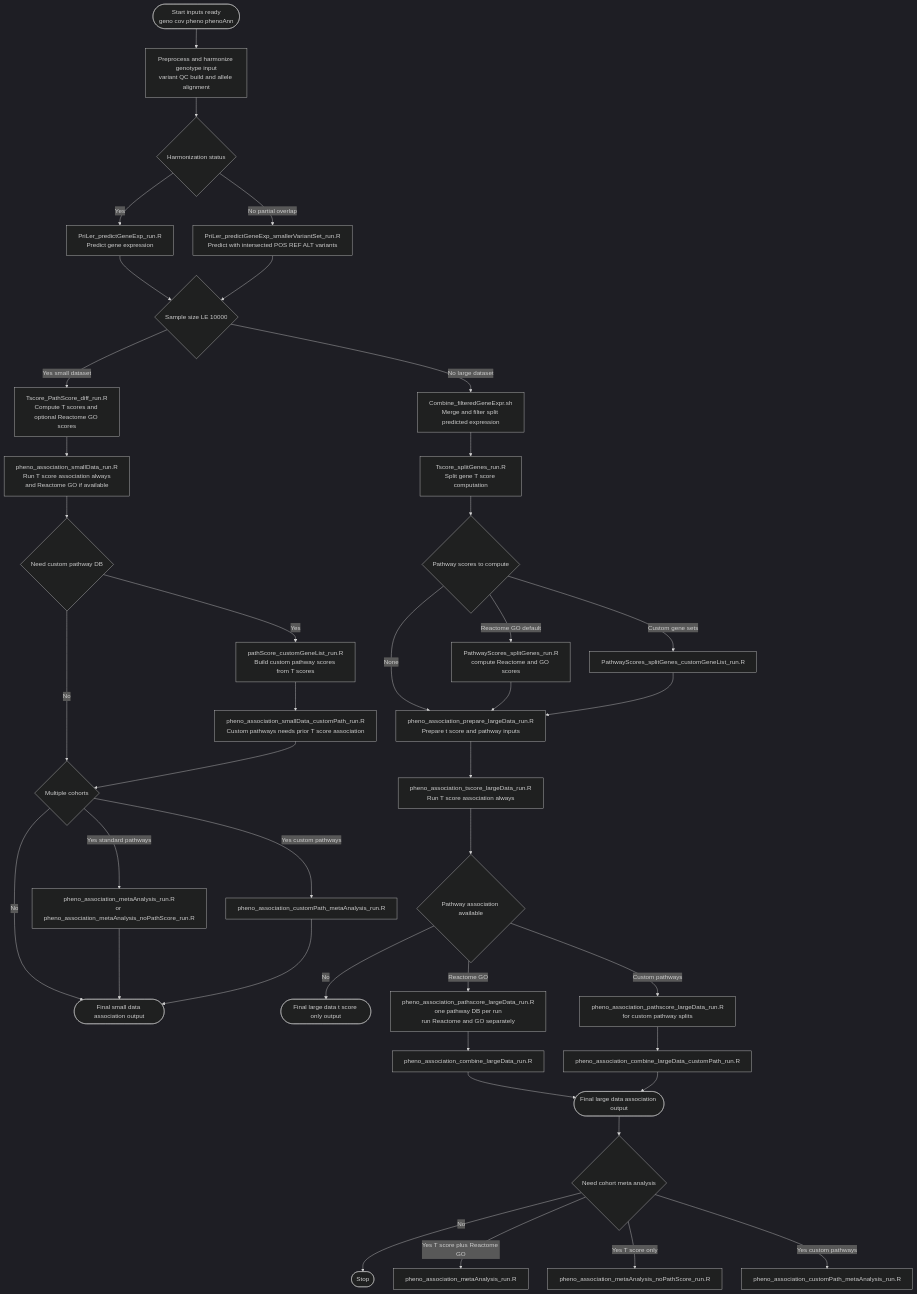
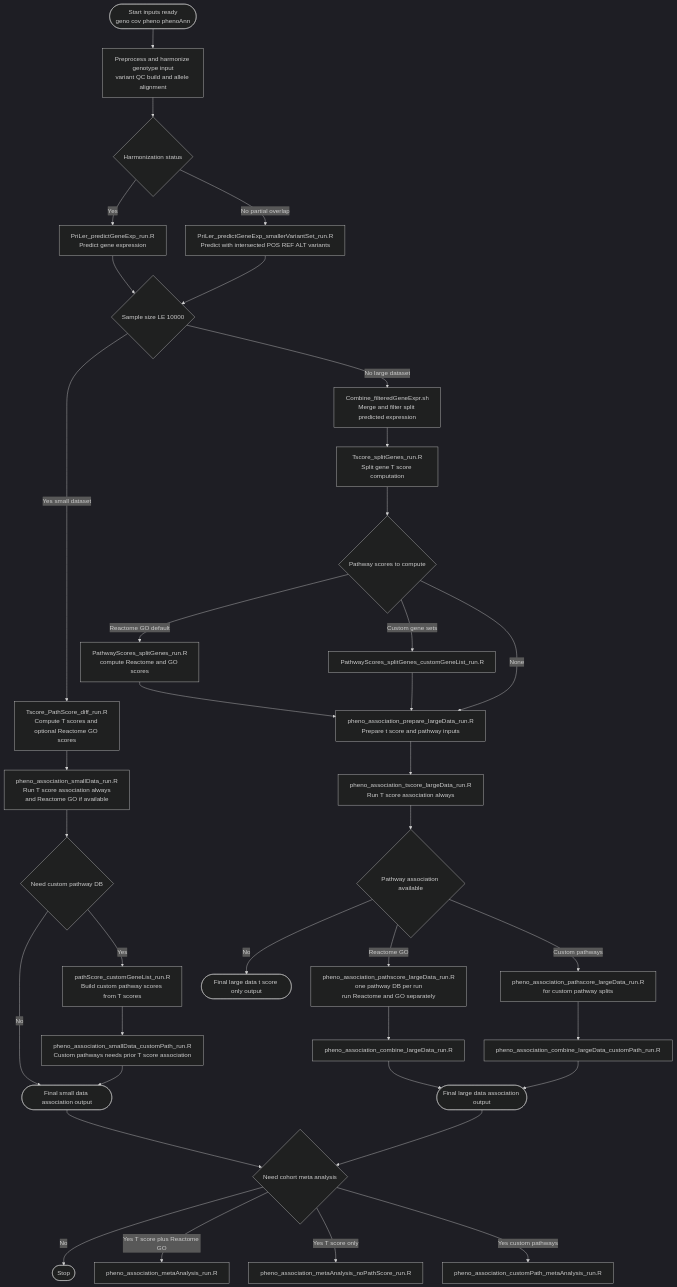
Before and after one commit to SantiDu/CASTom-iGEx: the diagram in Software/model_prediction/WORKFLOW.md, drawn with Mermaid (dark theme).

Commit message:
move meta analysis down - fix

````diff
--- a/Software/model_prediction/WORKFLOW.md
+++ b/Software/model_prediction/WORKFLOW.md
@@ -7,49 +7,47 @@
 ```mermaid
 flowchart TD
     A([Start inputs ready<br/>geno cov pheno phenoAnn]) --> A0[Preprocess and harmonize genotype input<br/>variant QC build and allele alignment]
     A0 --> B{Harmonization status}
 
     B -->|Yes| C[PriLer_predictGeneExp_run.R<br/>Predict gene expression]
     B -->|No partial overlap| D[PriLer_predictGeneExp_smallerVariantSet_run.R<br/>Predict with intersected POS REF ALT variants]
 
     C --> E{Sample size LE 10000}
     D --> E
 
     %% Small dataset branch
     E -->|Yes small dataset| S1[Tscore_PathScore_diff_run.R<br/>Compute T scores and optional Reactome GO scores]
     S1 --> S2[pheno_association_smallData_run.R<br/>Run T score association always<br/>and Reactome GO if available]
     S2 --> S2b{Need custom pathway DB}
-    S2b -->|No| S4{Multiple cohorts}
+    S2b -->|No| S4([Final small data association output])
     S2b -->|Yes| S3[pathScore_customGeneList_run.R<br/>Build custom pathway scores from T scores]
     S3 --> S3b[pheno_association_smallData_customPath_run.R<br/>Custom pathways needs prior T score association]
     S3b --> S4
-    S4 -->|No| Z1([Final small data association output])
-    S4 -->|Yes standard pathways| S5[pheno_association_metaAnalysis_run.R<br/>or pheno_association_metaAnalysis_noPathScore_run.R]
-    S4 -->|Yes custom pathways| S6[pheno_association_customPath_metaAnalysis_run.R]
-    S5 --> Z1
-    S6 --> Z1
 
     %% Large dataset branch
     E -->|No large dataset| L0[Combine_filteredGeneExpr.sh<br/>Merge and filter split predicted expression]
     L0 --> L1[Tscore_splitGenes_run.R<br/>Split gene T score computation]
     L1 --> L2{Pathway scores to compute}
     L2 -->|Reactome GO default| L3[PathwayScores_splitGenes_run.R<br/>compute Reactome and GO scores]
     L2 -->|Custom gene sets| L3b[PathwayScores_splitGenes_customGeneList_run.R]
     L2 -->|None| L4
     L3 --> L4[pheno_association_prepare_largeData_run.R<br/>Prepare t score and pathway inputs]
     L3b --> L4
     L4 --> L5[pheno_association_tscore_largeData_run.R<br/>Run T score association always]
     L5 --> L6{Pathway association available}
     L6 -->|No| L9([Final large data t score only output])
     L6 -->|Reactome GO| L7[pheno_association_pathscore_largeData_run.R<br/>one pathway DB per run<br/>run Reactome and GO separately]
     L6 -->|Custom pathways| L7b[pheno_association_pathscore_largeData_run.R<br/>for custom pathway splits]
     L7 --> L8[pheno_association_combine_largeData_run.R]
     L7b --> L8b[pheno_association_combine_largeData_customPath_run.R]
     L8 --> Z2([Final large data association output])
     L8b --> Z2
-    Z2 --> M1{Need cohort meta analysis}
+    
+    %% Shared optional meta analysis section
+    S4 --> M1{Need cohort meta analysis}
+    Z2 --> M1
     M1 -->|No| M0([Stop])
     M1 -->|Yes T score plus Reactome GO| M2[pheno_association_metaAnalysis_run.R]
     M1 -->|Yes T score only| M3[pheno_association_metaAnalysis_noPathScore_run.R]
     M1 -->|Yes custom pathways| M4[pheno_association_customPath_metaAnalysis_run.R]
 ```
````
